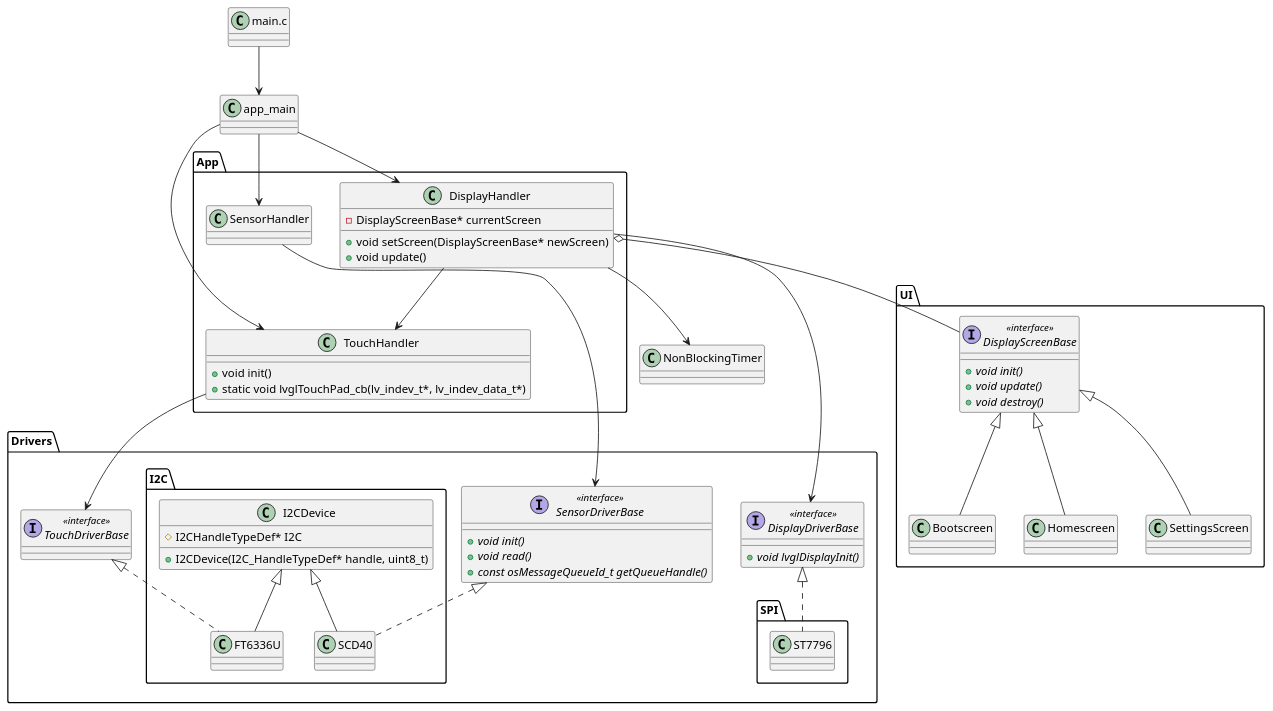
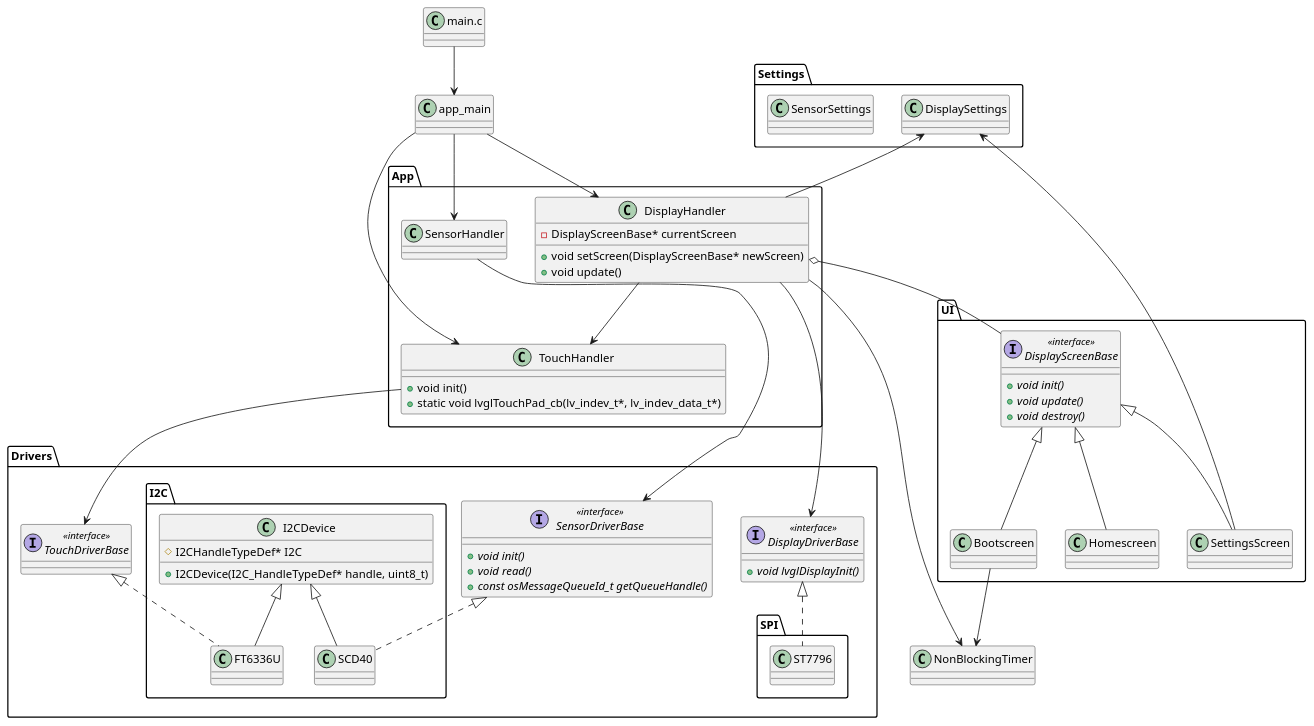
Before and after one commit to CookieLover3000/Co2-Sensor-PoC: the diagram in Docs/class.puml, drawn with PlantUML. The commit also changed 5 other files, not shown here.

Commit message:
Add seperate class to store display settings

```diff
--- a/Docs/class.puml
+++ b/Docs/class.puml
@@ -1,108 +1,122 @@
 @startuml Co2 Monitor Class Diagram
 class "main.c" as MainC {
 
 }
 
 class app_main {
 
 }
 
 class NonBlockingTimer {
 
 }
 
 namespace App {
     class DisplayHandler {
         - DisplayScreenBase* currentScreen
         + void setScreen(DisplayScreenBase* newScreen)
         + void update()
     }
     class TouchHandler {
         + void init()
         + static void lvglTouchPad_cb(lv_indev_t*, lv_indev_data_t*)
     }
     class SensorHandler {
 
     }
 }
 
 namespace UI {
 
     Interface DisplayScreenBase <<interface>>{
         + {abstract} void init()
         + {abstract} void update()
         + {abstract} void destroy()
     }
     
     class Bootscreen {
 
     }
     class Homescreen {
 
     }
     class SettingsScreen {
+
+    }
+}
+
+namespace Settings {
+    class DisplaySettings {
+
+    }
+
+    class SensorSettings {
 
     }
 }
 
 namespace Drivers {
 
     interface DisplayDriverBase <<interface>>{
         + {abstract} void lvglDisplayInit()
     }
 
     interface TouchDriverBase <<interface>>{
 
     }
 
     interface SensorDriverBase <<interface>>{
         + {abstract} void init()
         + {abstract} void read()
         + {abstract} const osMessageQueueId_t getQueueHandle()
     }
 
     namespace SPI {
         class ST7796 {
 
         }
     }
     namespace I2C {
         class I2CDevice {
             # I2CHandleTypeDef* I2C
             + I2CDevice(I2C_HandleTypeDef* handle, uint8_t)
         }
 
 
         class FT6336U {
 
         }
 
         class SCD40 {
 
         }
     }
 }
 
 'Relations
 MainC --> app_main
 app_main --> DisplayHandler
 app_main --> TouchHandler
 app_main --> SensorHandler
 
 DisplayHandler --> TouchHandler
 DisplayHandler --> NonBlockingTimer
+Bootscreen --> NonBlockingTimer
 DisplayHandler --> DisplayDriverBase
 DisplayHandler o-- DisplayScreenBase
 DisplayScreenBase <|-- Homescreen
 DisplayScreenBase <|-- SettingsScreen
 DisplayScreenBase <|-- Bootscreen
 TouchHandler --> TouchDriverBase
 SensorHandler --> SensorDriverBase
 
+DisplaySettings <-- SettingsScreen
+DisplaySettings <-- DisplayHandler
+
 I2CDevice <|-- FT6336U
 I2CDevice <|-- SCD40
 
 DisplayDriverBase <|.. ST7796
 TouchDriverBase <|.. FT6336U
 SensorDriverBase <|.. SCD40
 @enduml
```
